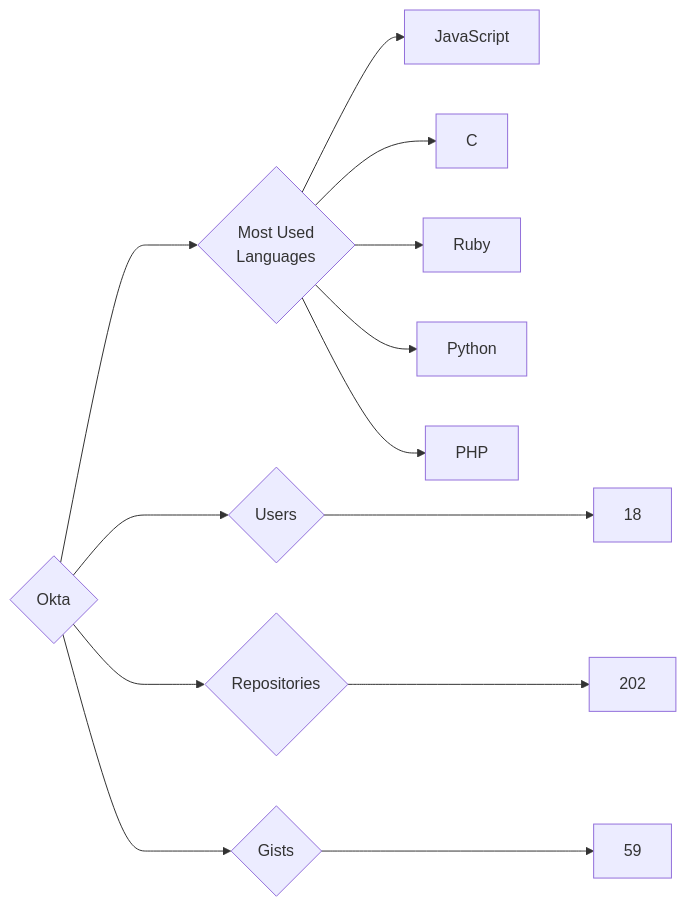
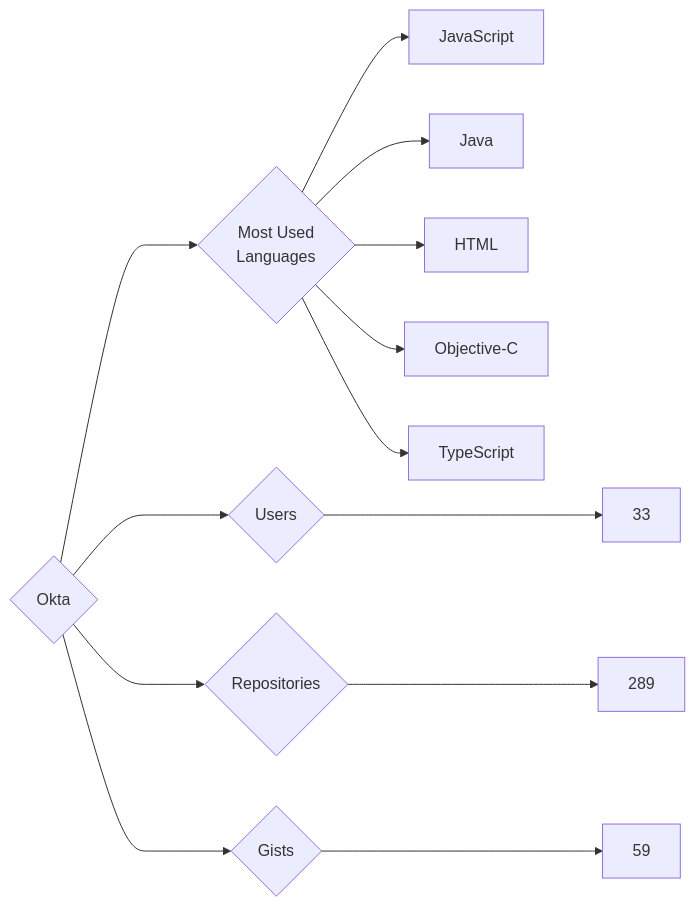
The diagram in targets/Okta/README.md (trickest/insiders), drawn with Mermaid before and after one commit. The commit also changed 682 other files, not shown here.

````diff
--- a/targets/Okta/README.md
+++ b/targets/Okta/README.md
@@ -3,13 +3,13 @@
 ```mermaid
 graph LR
 COMPANY_NAME{Okta}
-COMPANY_NAME ---> U{Users} ---> UN[18]
-COMPANY_NAME ---> R{Repositories} ---> RN[202]
+COMPANY_NAME ---> U{Users} ---> UN[33]
+COMPANY_NAME ---> R{Repositories} ---> RN[289]
 COMPANY_NAME ---> G{Gists} ---> GN[59]
 COMPANY_NAME ---> ML{Most Used<br>Languages}
 ML --> JavaScript[JavaScript]
-ML --> C[C]
-ML --> Ruby[Ruby]
-ML --> Python[Python]
-ML --> PHP[PHP]
+ML --> Java[Java]
+ML --> HTML[HTML]
+ML --> Objective-C[Objective-C]
+ML --> TypeScript[TypeScript]
 ```
````
